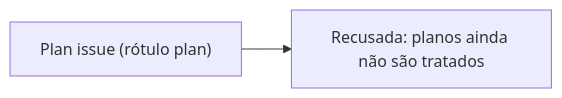
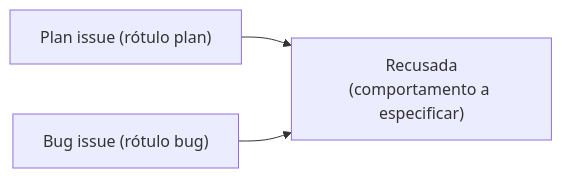
Before and after one commit to useful-toys/Tabularium: the fourth of 4 diagrams in tabularium-docs/spec-flow.md, drawn with Mermaid. The commit also changed other lines of this file and 16 other files, not shown here.

Commit message:
Bug e plan recusadas pelo spec-grill; documento técnico fundamental obrigatório e verificado pelo check

````diff
--- a/tabularium-docs/spec-flow.md
+++ b/tabularium-docs/spec-flow.md
@@ -231,4 +232,5 @@
 ```mermaid
 flowchart LR
-  PL["Plan issue (rótulo plan)"] --> Z["Recusada: planos ainda não são tratados"]
+  PL["Plan issue (rótulo plan)"] --> Z["Recusada<br/>(comportamento a especificar)"]
+  BL["Bug issue (rótulo bug)"] --> Z
 ```
````
